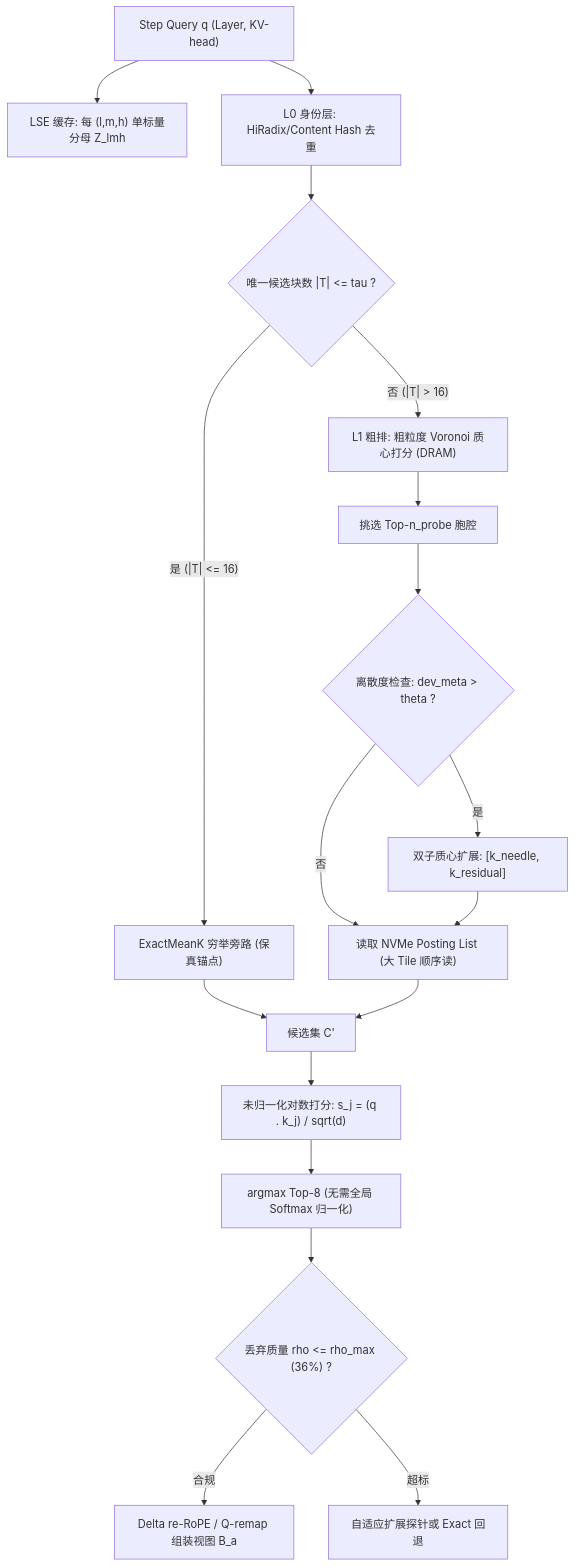
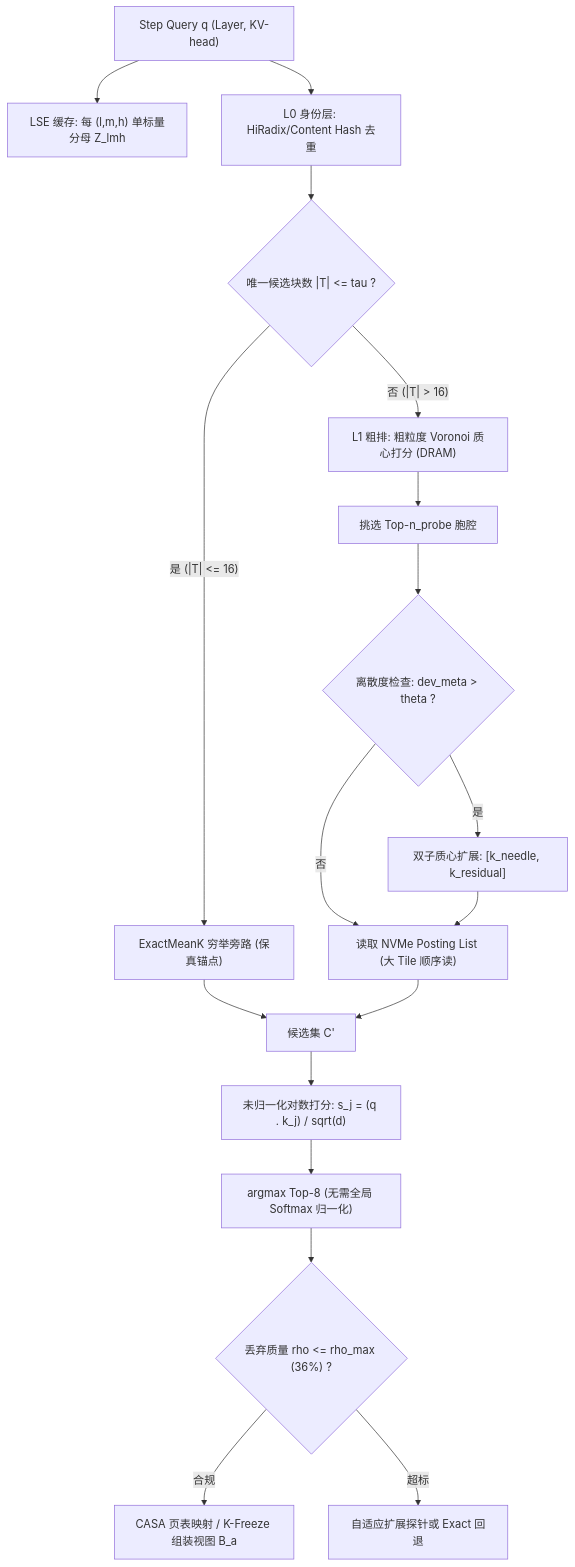
Before and after one commit to HairuoLiu/kvmem-strata-fusion: the diagram in plan-01-ifr/README.md, drawn with Mermaid. The commit also changed other lines of this file and 15 other files, not shown here.

````diff
--- a/plan-01-ifr/README.md
+++ b/plan-01-ifr/README.md
@@ -28,20 +28,20 @@
 ```mermaid
 flowchart TD
     Q["Step Query q (Layer, KV-head)"] --> LSE["LSE 缓存: 每 (l,m,h) 单标量分母 Z_lmh"]
     Q --> L0["L0 身份层: HiRadix/Content Hash 去重"]
     L0 --> COND{"唯一候选块数 |T| <= tau ?"}
     COND -- "是 (|T| <= 16)" --> EXACT["ExactMeanK 穷举旁路 (保真锚点)"]
     COND -- "否 (|T| > 16)" --> COARSE["L1 粗排: 粗粒度 Voronoi 质心打分 (DRAM)"]
     COARSE --> PROBE["挑选 Top-n_probe 胞腔"]
     PROBE --> DISP{"离散度检查: dev_meta > theta ?"}
     DISP -- "是" --> DOUBLET["双子质心扩展: [k_needle, k_residual]"]
     DISP -- "否" --> POST["读取 NVMe Posting List (大 Tile 顺序读)"]
     DOUBLET --> POST
     EXACT --> MERGE["候选集 C'"]
     POST --> MERGE
     MERGE --> UNNORM["未归一化对数打分: s_j = (q . k_j) / sqrt(d)"]
     UNNORM --> RANK["argmax Top-8 (无需全局 Softmax 归一化)"]
     RANK --> MASS_CHK{"丢弃质量 rho <= rho_max (36%) ?"}
-    MASS_CHK -- "合规" --> VIEW["Delta re-RoPE / Q-remap 组装视图 B_a"]
+    MASS_CHK -- "合规" --> VIEW["CASA 页表映射 / K-Freeze 组装视图 B_a"]
     MASS_CHK -- "超标" --> FALLBACK["自适应扩展探针或 Exact 回退"]
 ```
````
